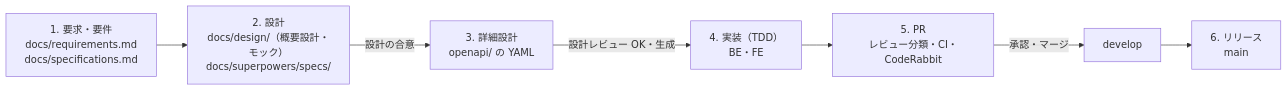
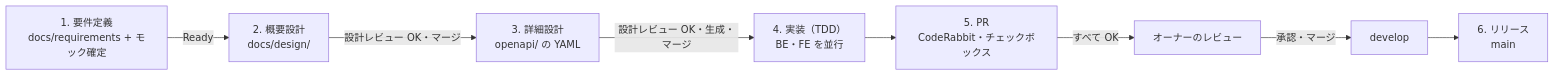
The diagram in docs/rules/development-flow.md (mrstsgk/book-management-system), drawn with Mermaid before and after one commit. The commit also changed other lines of this file and 9 other files, not shown here.

````diff
--- a/docs/rules/development-flow.md
+++ b/docs/rules/development-flow.md
@@ -5,9 +5,10 @@
 ```mermaid
 flowchart LR
-  R["1. 要求・要件<br/>docs/requirements.md<br/>docs/specifications.md"] --> D["2. 設計<br/>docs/design/（概要設計・モック）<br/>docs/superpowers/specs/"]
-  D -->|設計の合意| DD["3. 詳細設計<br/>openapi/ の YAML"]
-  DD -->|設計レビュー OK・生成| I["4. 実装（TDD）<br/>BE・FE"]
-  I --> P["5. PR<br/>レビュー分類・CI・CodeRabbit"]
-  P -->|承認・マージ| Dev["develop"]
+  R["1. 要件定義<br/>docs/requirements + モック確定"] -->|Ready| B["2. 概要設計<br/>docs/design/"]
+  B -->|設計レビュー OK・マージ| D["3. 詳細設計<br/>openapi/ の YAML"]
+  D -->|設計レビュー OK・生成・マージ| I["4. 実装（TDD）<br/>BE・FE を並行"]
+  I --> P["5. PR<br/>CodeRabbit・チェックボックス"]
+  P -->|すべて OK| A["オーナーのレビュー"]
+  A -->|承認・マージ| Dev["develop"]
   Dev --> Rel["6. リリース<br/>main"]
 ```
````
